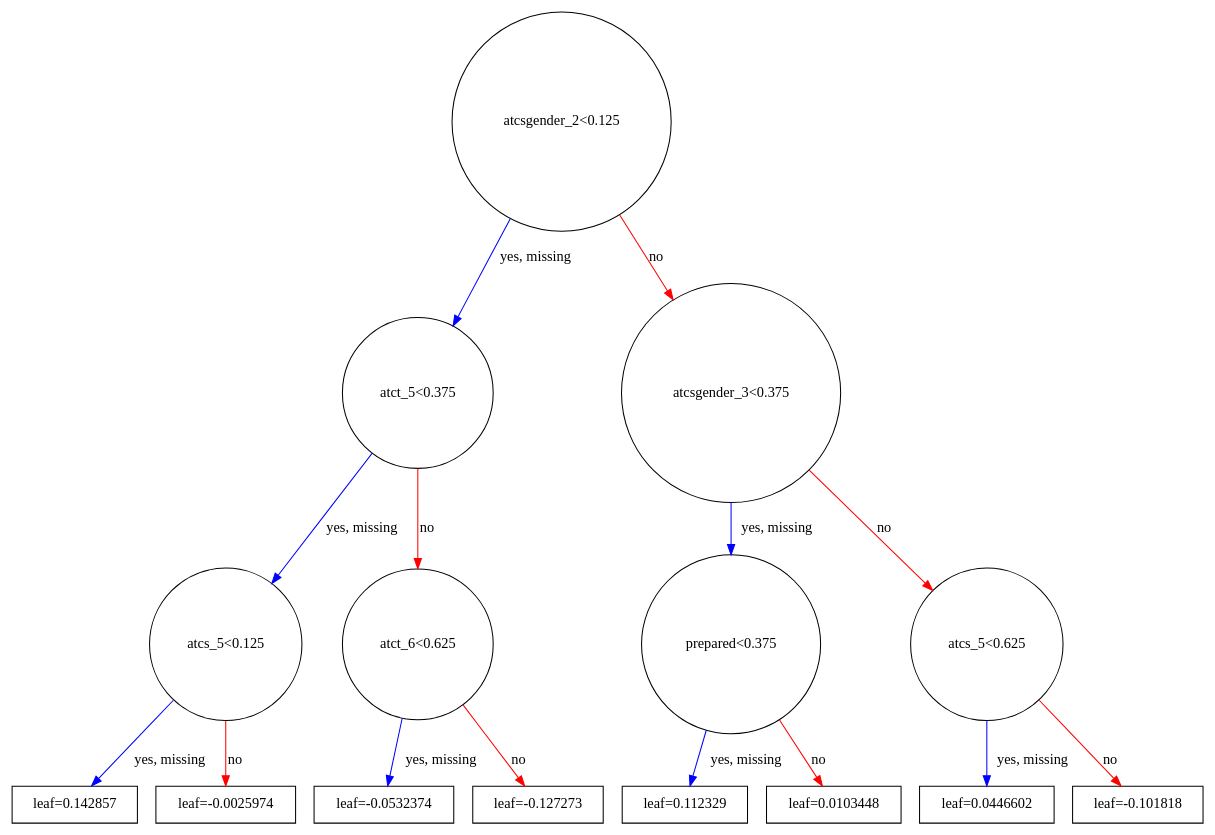
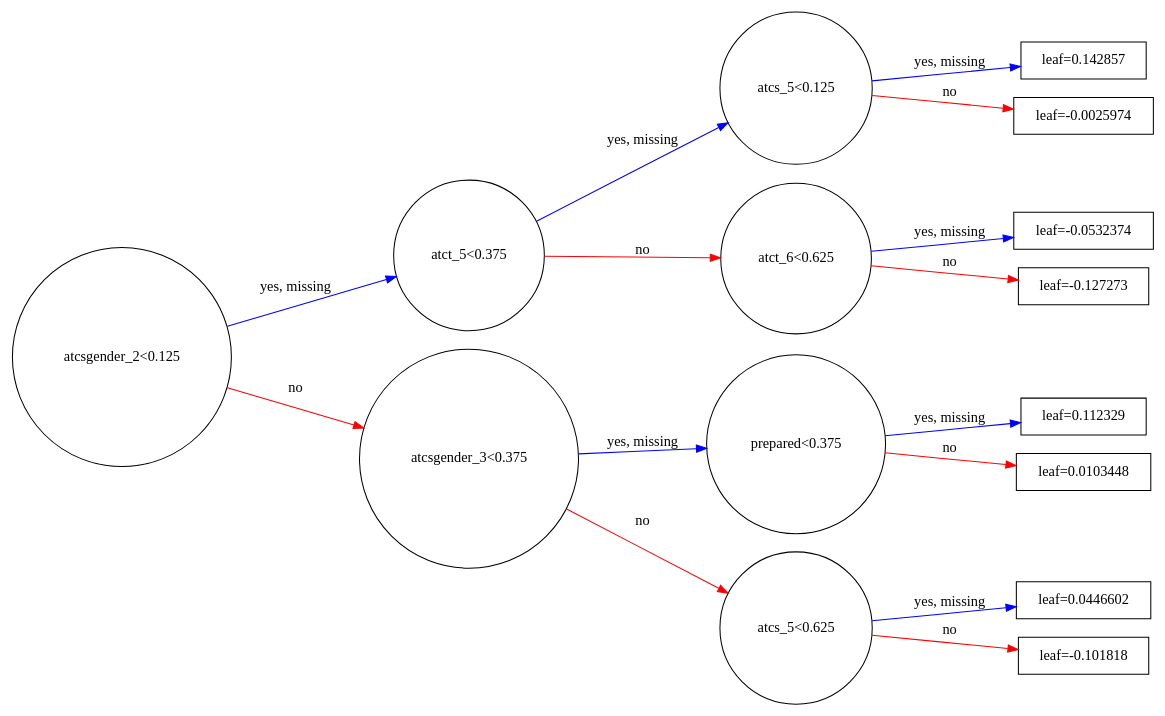
The diagram in report/figures/X_graph.gv (omoju/IntroCSExperiencePrediction), drawn with Graphviz before and after one commit. The commit also changed 6 other files, not shown here.

```diff
--- a/report/figures/X_graph.gv
+++ b/report/figures/X_graph.gv
@@ -1,32 +1,32 @@
 digraph {
-	graph [rankdir=UT]
+	graph [rankdir=LR]
 		0 [label="atcsgender_2<0.125" shape=circle]
 			0 -> 1 [label="yes, missing" color="#0000FF"]
 			0 -> 2 [label=no color="#FF0000"]
 		1 [label="atct_5<0.375" shape=circle]
 			1 -> 3 [label="yes, missing" color="#0000FF"]
 			1 -> 4 [label=no color="#FF0000"]
 		3 [label="atcs_5<0.125" shape=circle]
 			3 -> 7 [label="yes, missing" color="#0000FF"]
 			3 -> 8 [label=no color="#FF0000"]
 		7 [label="leaf=0.142857" shape=box]
 		8 [label="leaf=-0.0025974" shape=box]
 		4 [label="atct_6<0.625" shape=circle]
 			4 -> 9 [label="yes, missing" color="#0000FF"]
 			4 -> 10 [label=no color="#FF0000"]
 		9 [label="leaf=-0.0532374" shape=box]
 		10 [label="leaf=-0.127273" shape=box]
 		2 [label="atcsgender_3<0.375" shape=circle]
 			2 -> 5 [label="yes, missing" color="#0000FF"]
 			2 -> 6 [label=no color="#FF0000"]
 		5 [label="prepared<0.375" shape=circle]
 			5 -> 11 [label="yes, missing" color="#0000FF"]
 			5 -> 12 [label=no color="#FF0000"]
 		11 [label="leaf=0.112329" shape=box]
 		12 [label="leaf=0.0103448" shape=box]
 		6 [label="atcs_5<0.625" shape=circle]
 			6 -> 13 [label="yes, missing" color="#0000FF"]
 			6 -> 14 [label=no color="#FF0000"]
 		13 [label="leaf=0.0446602" shape=box]
 		14 [label="leaf=-0.101818" shape=box]
 }
```
